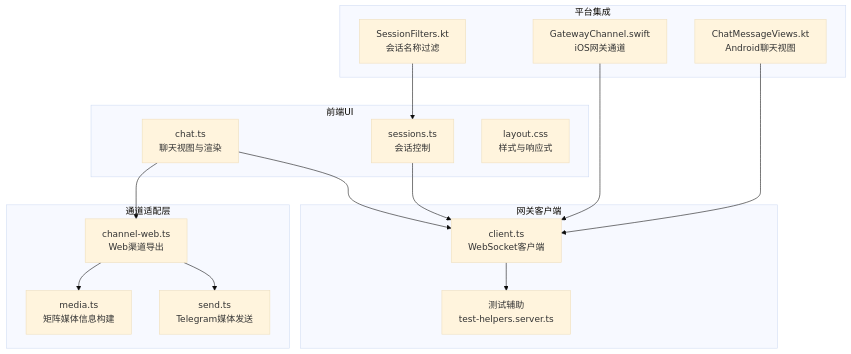
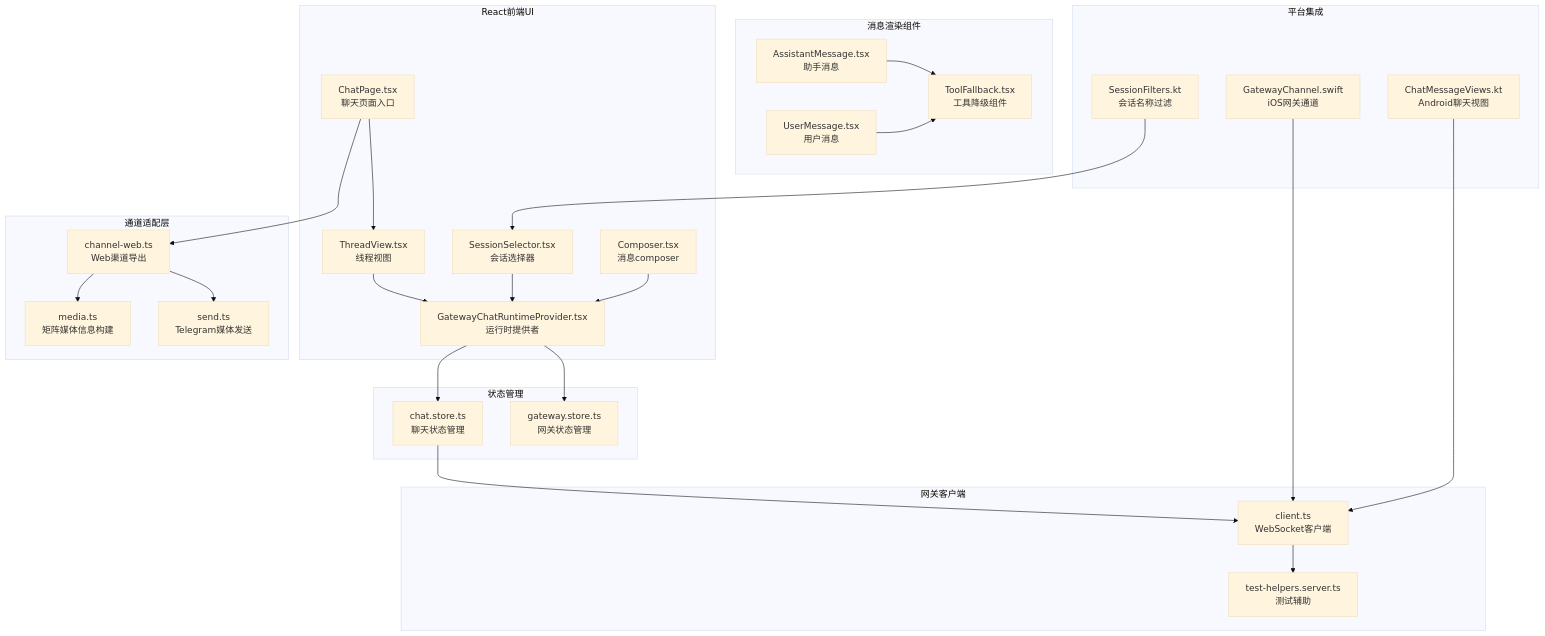
The first of 9 diagrams in .qoder/repowiki/zh/content/Web界面/WebChat界面.md (verse-ai-org/openclaw), drawn with Mermaid (base theme) before and after one commit. The commit also changed other lines of this file and 19 other files, not shown here.

````diff
--- a/.qoder/repowiki/zh/content/Web界面/WebChat界面.md
+++ b/.qoder/repowiki/zh/content/Web界面/WebChat界面.md
@@ -49,31 +77,49 @@
 ```mermaid
 graph TB
-subgraph "前端UI"
-UI_Chat["chat.ts<br/>聊天视图与渲染"]
-UI_Sessions["sessions.ts<br/>会话控制"]
-UI_CSS["layout.css<br/>样式与响应式"]
+subgraph "React前端UI"
+React_ChatPage["ChatPage.tsx<br/>聊天页面入口"]
+React_ThreadView["ThreadView.tsx<br/>线程视图"]
+React_Session["SessionSelector.tsx<br/>会话选择器"]
+React_Composer["Composer.tsx<br/>消息composer"]
+React_Runtime["GatewayChatRuntimeProvider.tsx<br/>运行时提供者"]
+end
+subgraph "状态管理"
+Zustand_Chat["chat.store.ts<br/>聊天状态管理"]
+Zustand_Gateway["gateway.store.ts<br/>网关状态管理"]
+end
+subgraph "消息渲染组件"
+React_Assistant["AssistantMessage.tsx<br/>助手消息"]
+React_User["UserMessage.tsx<br/>用户消息"]
+React_Tool["ToolFallback.tsx<br/>工具降级组件"]
 end
 subgraph "网关客户端"
 GW_Client["client.ts<br/>WebSocket客户端"]
-GW_Server["测试辅助<br/>test-helpers.server.ts"]
+GW_Server["test-helpers.server.ts<br/>测试辅助"]
 end
 subgraph "通道适配层"
 Web_Channel["channel-web.ts<br/>Web渠道导出"]
 Media_Send["media.ts<br/>矩阵媒体信息构建"]
 Telegram_Send["send.ts<br/>Telegram媒体发送"]
 end
 subgraph "平台集成"
 iOS_Gateway["GatewayChannel.swift<br/>iOS网关通道"]
 Android_UI["ChatMessageViews.kt<br/>Android聊天视图"]
 Android_Session["SessionFilters.kt<br/>会话名称过滤"]
 end
-UI_Chat --> GW_Client
-UI_Sessions --> GW_Client
+React_ChatPage --> React_ThreadView
+React_ThreadView --> React_Runtime
+React_Session --> React_Runtime
+React_Composer --> React_Runtime
+React_Runtime --> Zustand_Chat
+React_Runtime --> Zustand_Gateway
+React_Assistant --> React_Tool
+React_User --> React_Tool
+Zustand_Chat --> GW_Client
 GW_Client --> GW_Server
-UI_Chat --> Web_Channel
+React_ChatPage --> Web_Channel
 Web_Channel --> Media_Send
 Web_Channel --> Telegram_Send
 iOS_Gateway --> GW_Client
 Android_UI --> GW_Client
-Android_Session --> UI_Sessions
+Android_Session --> React_Session
 ```
````
